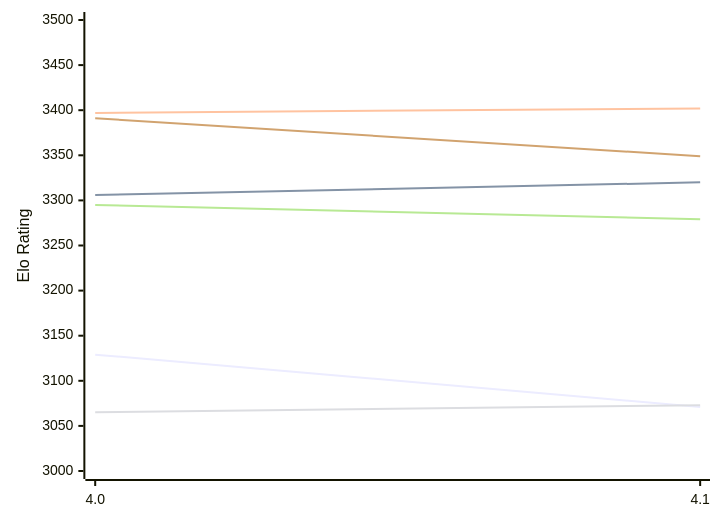
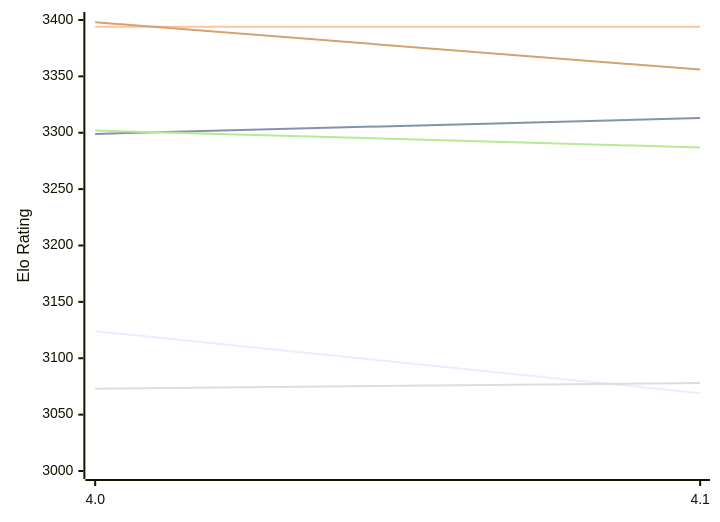
One commit to computer-chess-index/cci changed the first of 2 diagrams in engines/Petrel.md. Above: the diagram before and after it, drawn with Mermaid. The commit also changed other lines of this file, not shown here.

Commit message:
Update CCI Ratings (ELO VLTC) - 2026-11-18

````diff
--- a/engines/Petrel.md
+++ b/engines/Petrel.md
@@ -57,12 +57,12 @@
 ```mermaid
 %%{init: {"theme":"base","themeVariables":{"seriesColors:['#a3a3a3','#222221','#faa371']}}}%%
 xychart-beta
   x-axis ["4.0", "4.1"]
-  y-axis "Elo Rating" 3000 --> 3500
-  line "E1: STC (8.0+0.08s)" [3129, 3071]
-  line "E1: LTC (60.0+0.60s)" [3306, 3320]
-  line "E1: VLTC (2m24s+1.12s)" [3397, 3402]
-  line "P1: STC (8.0+0.08s)" [3065, 3073]
-  line "P1: LTC (60.0+0.60s)" [3295, 3279]
-  line "P1: VLTC (2m24s+1.12s)" [3391, 3349]
+  y-axis "Elo Rating" 3000 --> 3400
+  line "E1: STC (8.0+0.08s)" [3124, 3069]
+  line "E1: LTC (60.0+0.60s)" [3299, 3313]
+  line "E1: VLTC (2m24s+1.12s)" [3394, 3394]
+  line "P1: STC (8.0+0.08s)" [3073, 3078]
+  line "P1: LTC (60.0+0.60s)" [3302, 3287]
+  line "P1: VLTC (2m24s+1.12s)" [3398, 3356]
 ```
````
